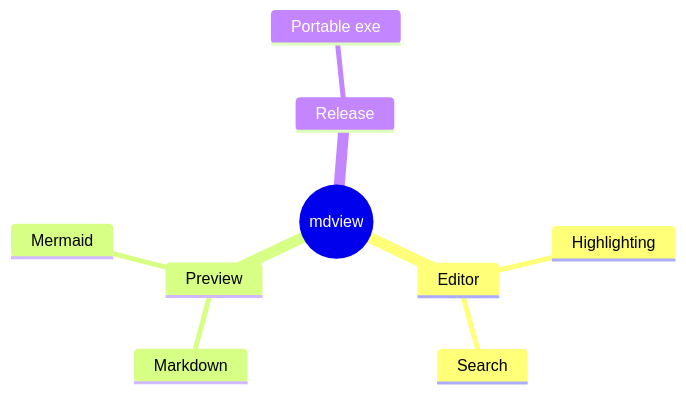
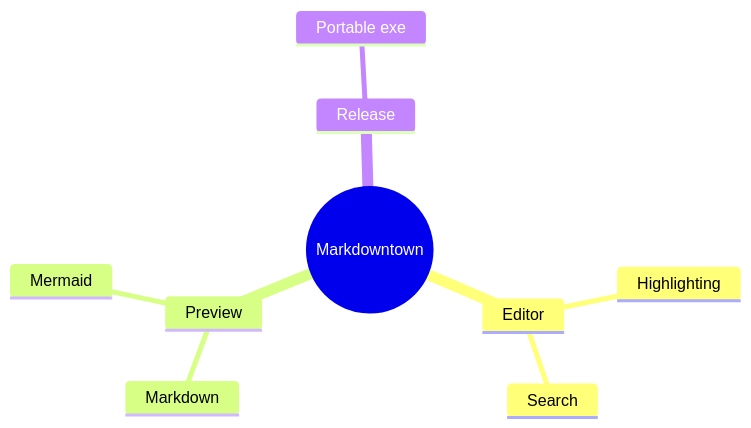
One commit to luna-park/Markdowntown changed the eighth of 12 diagrams in examples/mermaid.md. Above: the diagram before and after it, drawn with Mermaid. The commit also changed other lines of this file and 15 other files, not shown here.

First line of the commit message:
Rename to Markdowntown; dark palette, diagram viewer, render cancellation

````diff
--- a/examples/mermaid.md
+++ b/examples/mermaid.md
@@ -118,12 +118,12 @@
 ```mermaid
 mindmap
-  root((mdview))
+  root((Markdowntown))
     Editor
       Highlighting
       Search
     Preview
       Markdown
       Mermaid
     Release
       Portable exe
 ```
````
